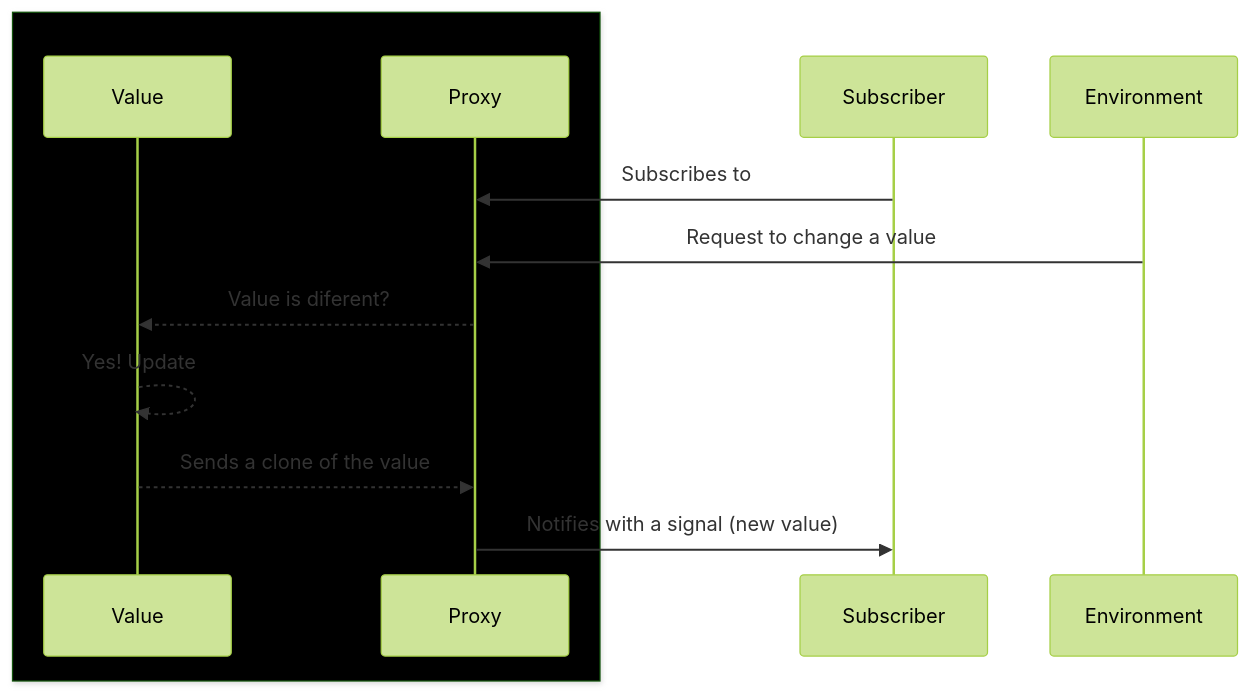
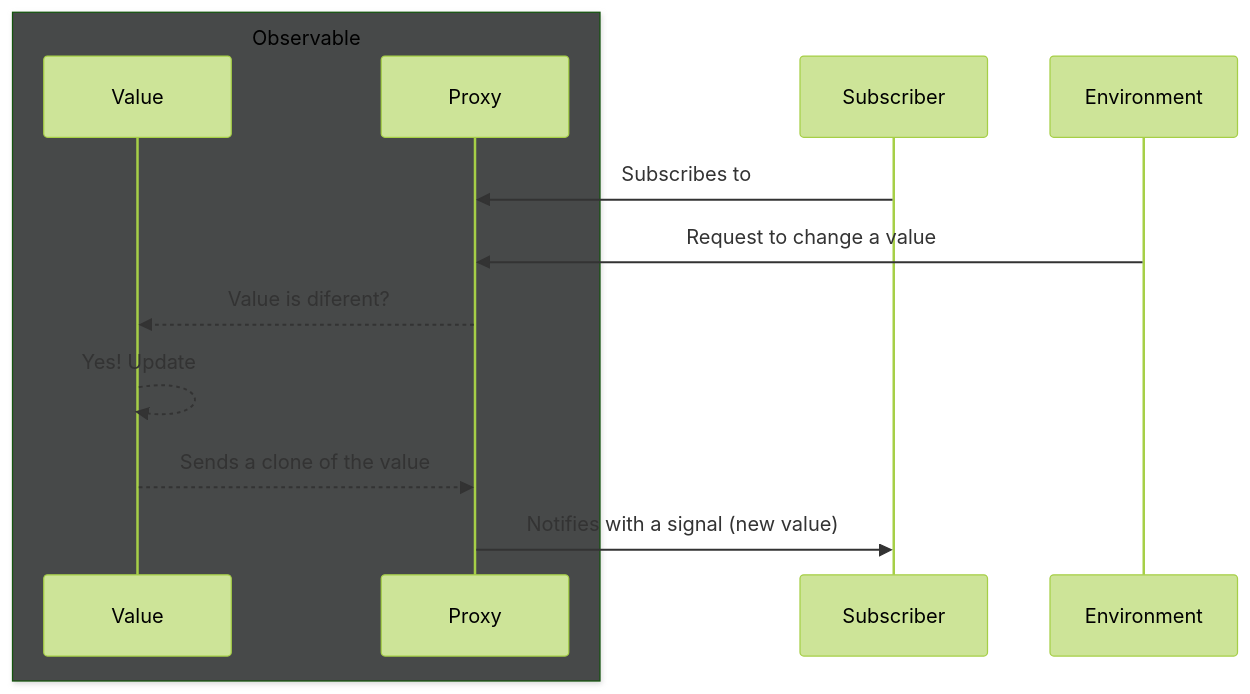
One commit to michijs/michijs changed the second of 3 diagrams in README.md. Above: the diagram before and after it, drawn with Mermaid (forest theme).

Commit message:
Updated doc color

````diff
--- a/README.md
+++ b/README.md
@@ -289,13 +289,13 @@
 ```mermaid
 sequenceDiagram
-    box black Observable
+    box rgb(71,73,73) Observable
     participant Value
     participant Proxy
     end
     Subscriber->>Proxy: Subscribes to
     Environment->>Proxy: Request to change a value
     Proxy-->>Value: Value is diferent?
     Value-->>Value: Yes! Update
     Value-->>Proxy: Sends a clone of the value
     Proxy->>Subscriber: Notifies with a signal (new value)
 ```
````
